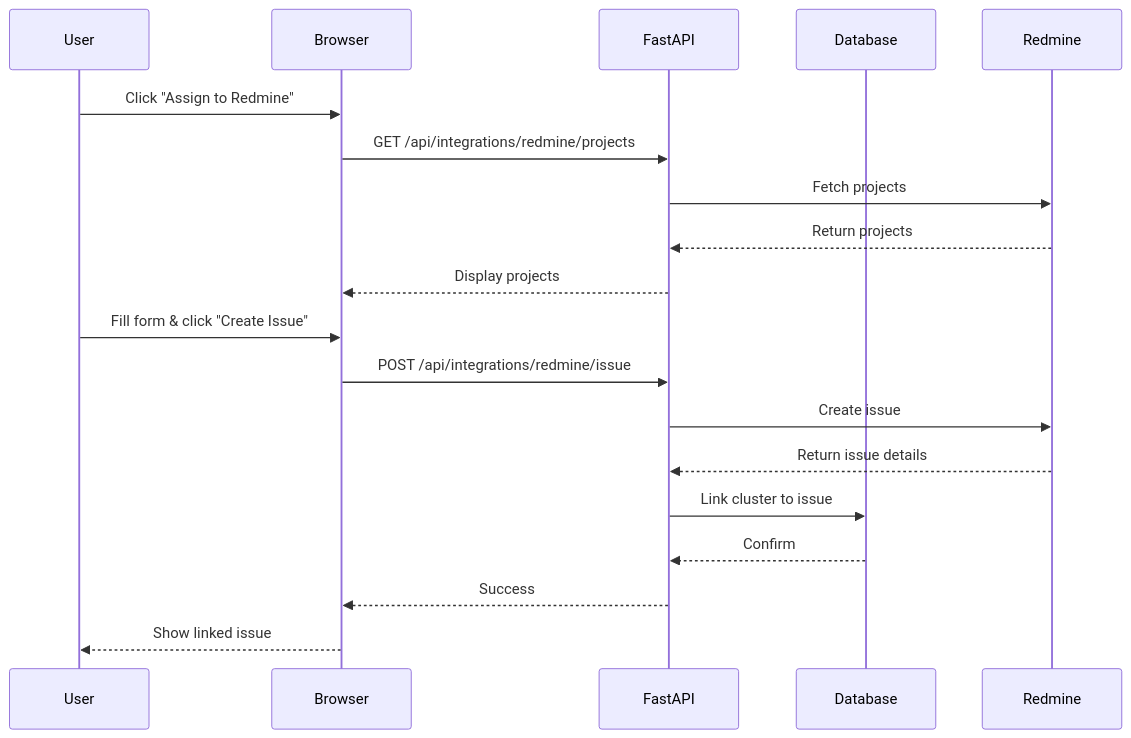
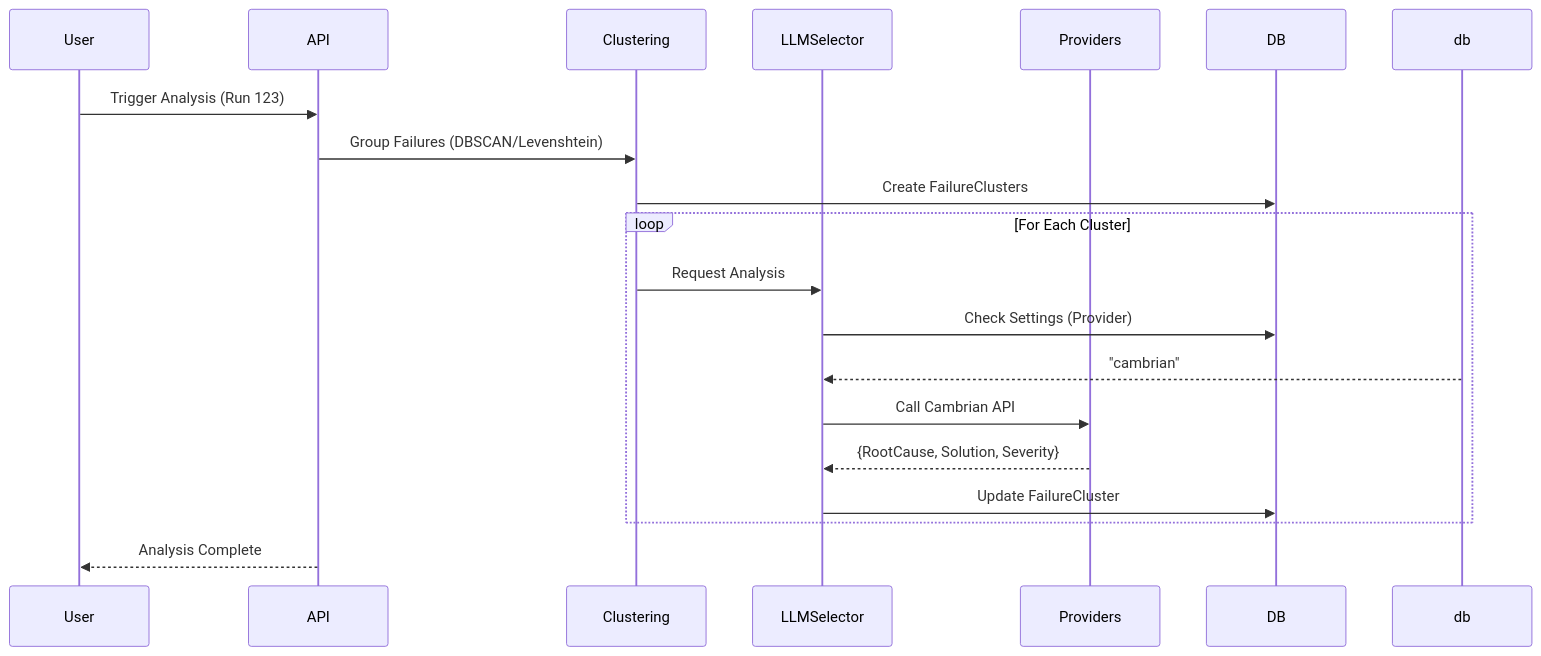
The fourth of 5 diagrams in docs/ARCHITECTURE.md (seen0722/GMS-helper), drawn with Mermaid before and after one commit. The commit also changed other lines of this file and 1 other file, not shown here.

Commit message:
docs: regenerate architecture and design documents

````diff
--- a/docs/ARCHITECTURE.md
+++ b/docs/ARCHITECTURE.md
@@ -155,23 +159,25 @@
 ```mermaid
 sequenceDiagram
     participant User
-    participant Browser
-    participant FastAPI
-    participant Database
-    participant Redmine
+    participant API
+    participant Clustering
+    participant LLMSelector
+    participant Providers
+    participant DB
+
+    User->>API: Trigger Analysis (Run 123)
+    API->>Clustering: Group Failures (DBSCAN/Levenshtein)
+    Clustering->>DB: Create FailureClusters
     
-    User->>Browser: Click "Assign to Redmine"
-    Browser->>FastAPI: GET /api/integrations/redmine/projects
-    FastAPI->>Redmine: Fetch projects
-    Redmine-->>FastAPI: Return projects
-    FastAPI-->>Browser: Display projects
+    loop For Each Cluster
+        Clustering->>LLMSelector: Request Analysis
+        LLMSelector->>DB: Check Settings (Provider)
+        db-->>LLMSelector: "cambrian"
+        
+        LLMSelector->>Providers: Call Cambrian API
+        Providers-->>LLMSelector: {RootCause, Solution, Severity}
+        LLMSelector->>DB: Update FailureCluster
+    end
     
-    User->>Browser: Fill form & click "Create Issue"
-    Browser->>FastAPI: POST /api/integrations/redmine/issue
-    FastAPI->>Redmine: Create issue
-    Redmine-->>FastAPI: Return issue details
-    FastAPI->>Database: Link cluster to issue
-    Database-->>FastAPI: Confirm
-    FastAPI-->>Browser: Success
-    Browser-->>User: Show linked issue
+    API-->>User: Analysis Complete
 ```
````
